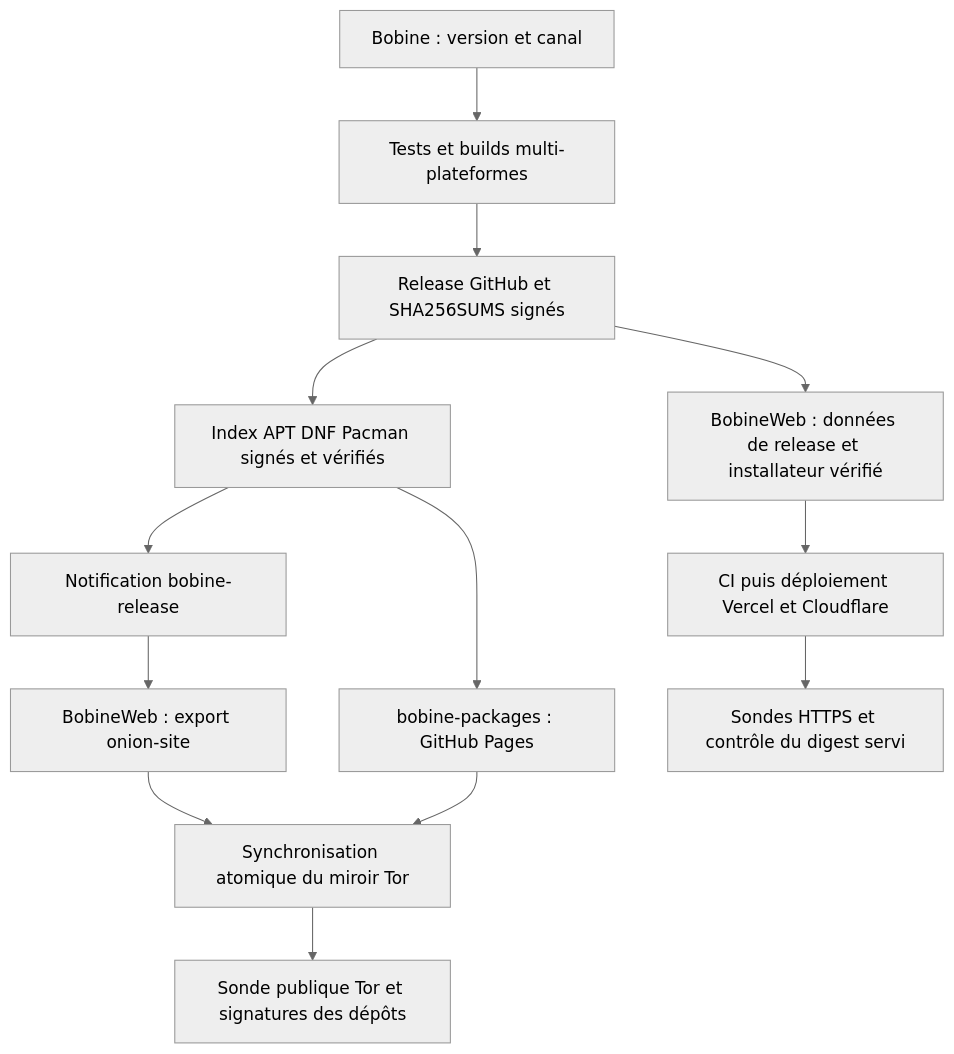
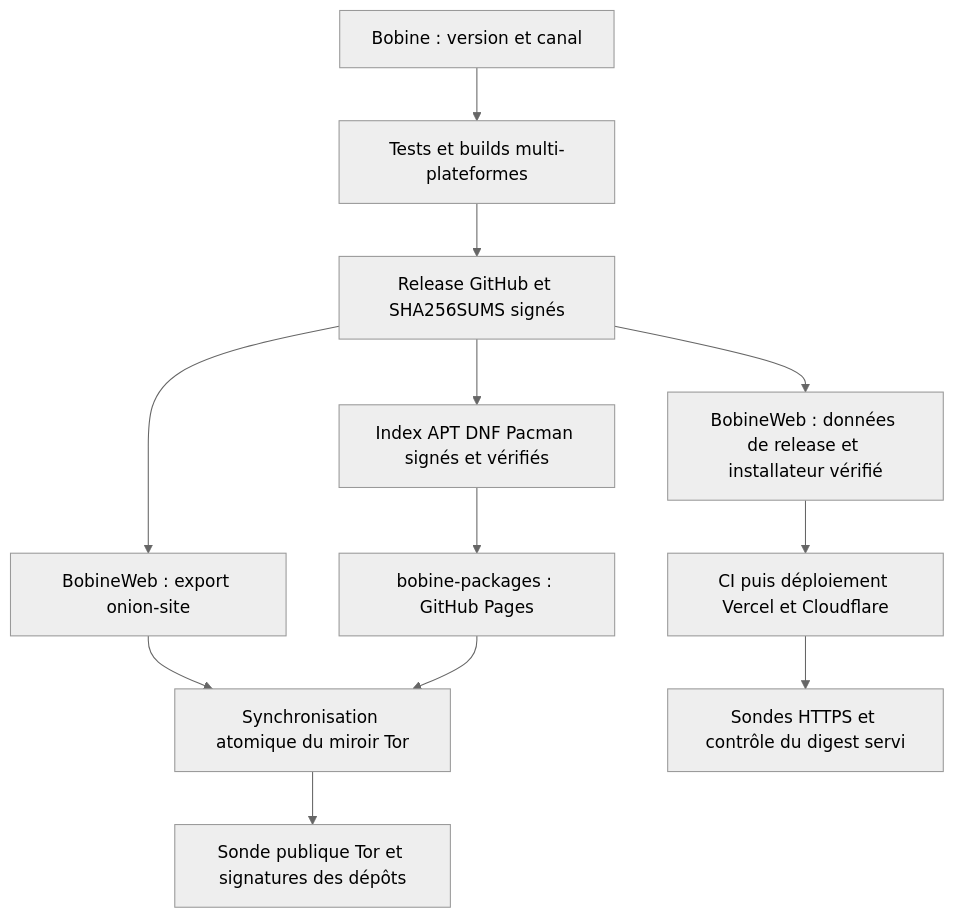
Before and after one commit to FantasmaGlad/Bobine: the diagram in docs/ARCHITECTURE.md, drawn with Mermaid (neutral theme). The commit also changed other lines of this file and 4 other files, not shown here.

First line of the commit message:
docs(architecture): compacter la référence technique [skip ci]

````diff
--- a/docs/ARCHITECTURE.md
+++ b/docs/ARCHITECTURE.md
@@ -438,15 +412,14 @@
 ```mermaid
 flowchart TD
   Source[Bobine : version et canal] --> CI[Tests et builds multi-plateformes]
   CI --> Release[Release GitHub et SHA256SUMS signés]
   Release --> Packages[Index APT DNF Pacman signés et vérifiés]
   Packages --> Pages[bobine-packages : GitHub Pages]
-  Packages --> Dispatch[Notification bobine-release]
-  Dispatch --> Mirror[BobineWeb : export onion-site]
+  Release --> Mirror[BobineWeb : export onion-site]
   Mirror --> Tor[Synchronisation atomique du miroir Tor]
   Pages --> Tor
   Release --> Web[BobineWeb : données de release et installateur vérifié]
   Web --> Deploy[CI puis déploiement Vercel et Cloudflare]
   Deploy --> Probe[Sondes HTTPS et contrôle du digest servi]
   Tor --> TorProbe[Sonde publique Tor et signatures des dépôts]
 ```
````
